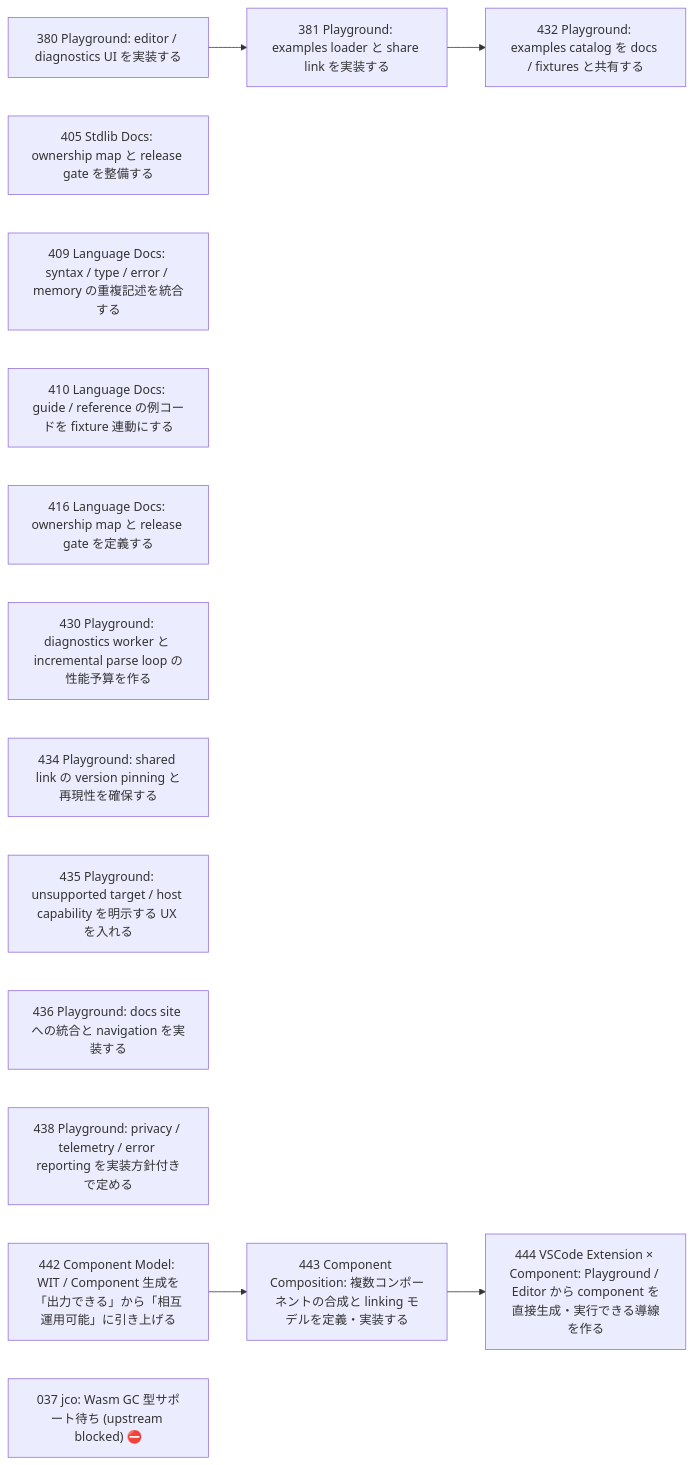
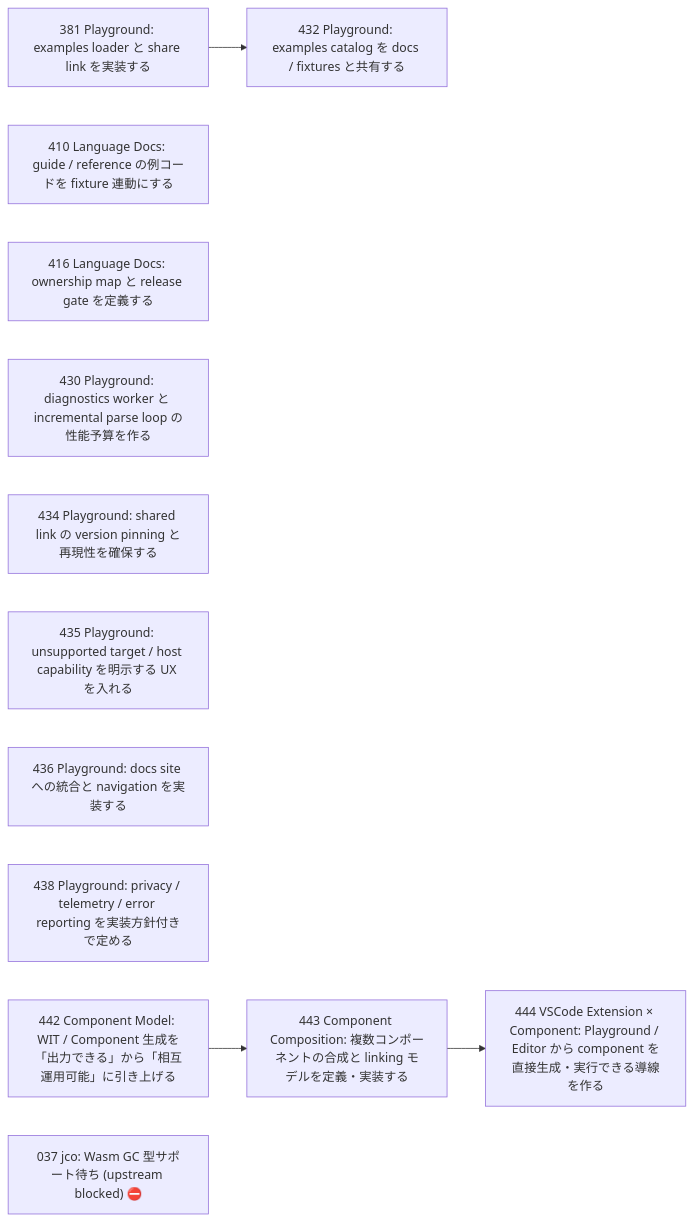
One commit to wogikaze/arukellt changed the diagram in issues/open/dependency-graph.md. Above: the diagram before and after it, drawn with Mermaid. The commit also changed other lines of this file and 4 other files, not shown here.

````diff
--- a/issues/open/dependency-graph.md
+++ b/issues/open/dependency-graph.md
@@ -7,23 +7,19 @@
 ```mermaid
 graph LR
-  I380["380 Playground: editor / diagnostics UI を実装する"]
-  I405["405 Stdlib Docs: ownership map と release gate を整備する"]
-  I409["409 Language Docs: syntax / type / error / memory の重複記述を統合する"]
+  I381["381 Playground: examples loader と share link を実装する"]
   I410["410 Language Docs: guide / reference の例コードを fixture 連動にする"]
   I416["416 Language Docs: ownership map と release gate を定義する"]
   I430["430 Playground: diagnostics worker と incremental parse loop の性能予算を作る"]
   I434["434 Playground: shared link の version pinning と再現性を確保する"]
   I435["435 Playground: unsupported target / host capability を明示する UX を入れる"]
   I436["436 Playground: docs site への統合と navigation を実装する"]
   I438["438 Playground: privacy / telemetry / error reporting を実装方針付きで定める"]
   I442["442 Component Model: WIT / Component 生成を「出力できる」から「相互運用可能」に引き上げる"]
-  I381["381 Playground: examples loader と share link を実装する"]
+  I432["432 Playground: examples catalog を docs / fixtures と共有する"]
   I443["443 Component Composition: 複数コンポーネントの合成と linking モデルを定義・実装する"]
-  I432["432 Playground: examples catalog を docs / fixtures と共有する"]
   I444["444 VSCode Extension × Component: Playground / Editor から component を直接生成・実行できる導線を作る"]
   I037["037 jco: Wasm GC 型サポート待ち (upstream blocked) ⛔"]
-  I380 --> I381
+  I381 --> I432
   I442 --> I443
-  I381 --> I432
   I443 --> I444
 ```
````
